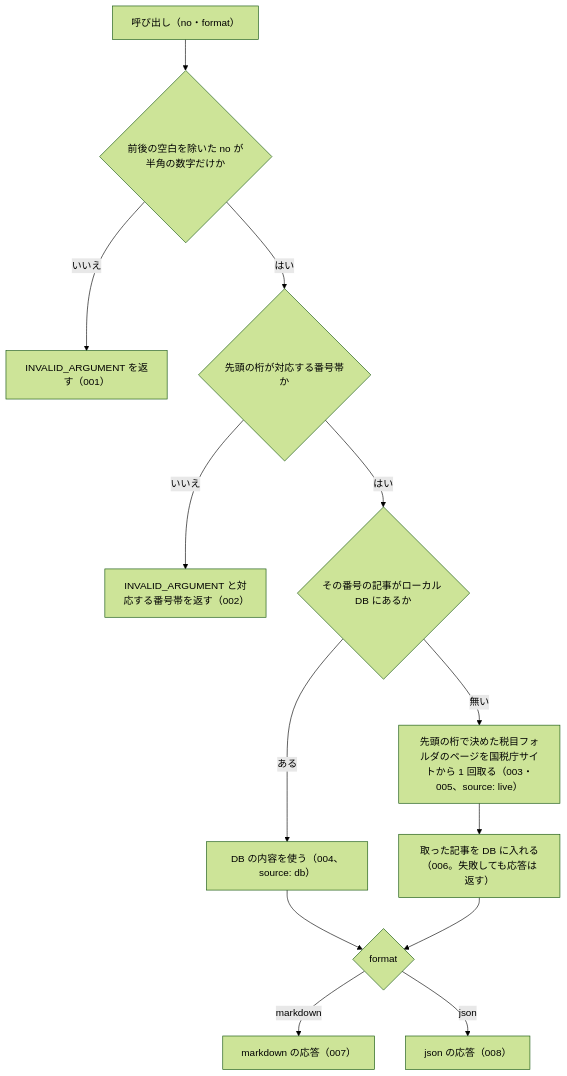
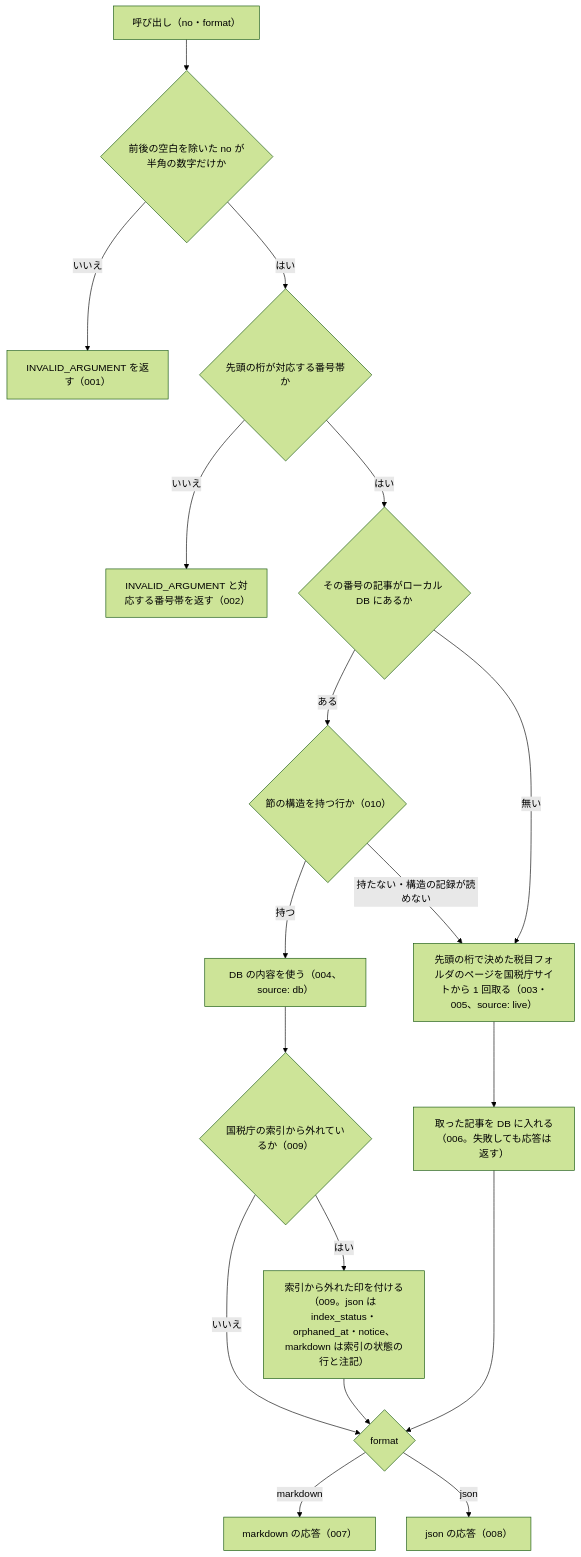
Before and after one commit to shuji-bonji/houki-nta-mcp: the diagram in specs/current/nta_get_tax_answer/spec.md, drawn with Mermaid (forest theme). The commit also changed other lines of this file and 45 other files, not shown here.

````diff
--- a/specs/current/nta_get_tax_answer/spec.md
+++ b/specs/current/nta_get_tax_answer/spec.md
@@ -37,15 +37,20 @@
 ```mermaid
 flowchart TD
   A["呼び出し（no・format）"] --> B{"前後の空白を除いた no が半角の数字だけか"}
   B -- いいえ --> E1["INVALID_ARGUMENT を返す（001）"]
   B -- はい --> C{"先頭の桁が対応する番号帯か"}
   C -- いいえ --> E2["INVALID_ARGUMENT と対応する番号帯を返す（002）"]
   C -- はい --> D{"その番号の記事がローカル DB にあるか"}
-  D -- ある --> G["DB の内容を使う（004、source: db）"]
+  D -- ある --> D2{"節の構造を持つ行か（010）"}
+  D2 -- 持つ --> G["DB の内容を使う（004、source: db）"]
+  D2 -- "持たない・構造の記録が読めない" --> H
   D -- 無い --> H["先頭の桁で決めた税目フォルダのページを国税庁サイトから 1 回取る（003・005、source: live）"]
   H --> I["取った記事を DB に入れる（006。失敗しても応答は返す）"]
-  G --> J{"format"}
+  G --> X{"国税庁の索引から外れているか（009）"}
+  X -- はい --> Y["索引から外れた印を付ける（009。json は index_status・orphaned_at・notice、markdown は索引の状態の行と注記）"]
+  X -- いいえ --> J{"format"}
+  Y --> J
   I --> J
   J -- markdown --> K["markdown の応答（007）"]
   J -- json --> L["json の応答（008）"]
 ```
````
